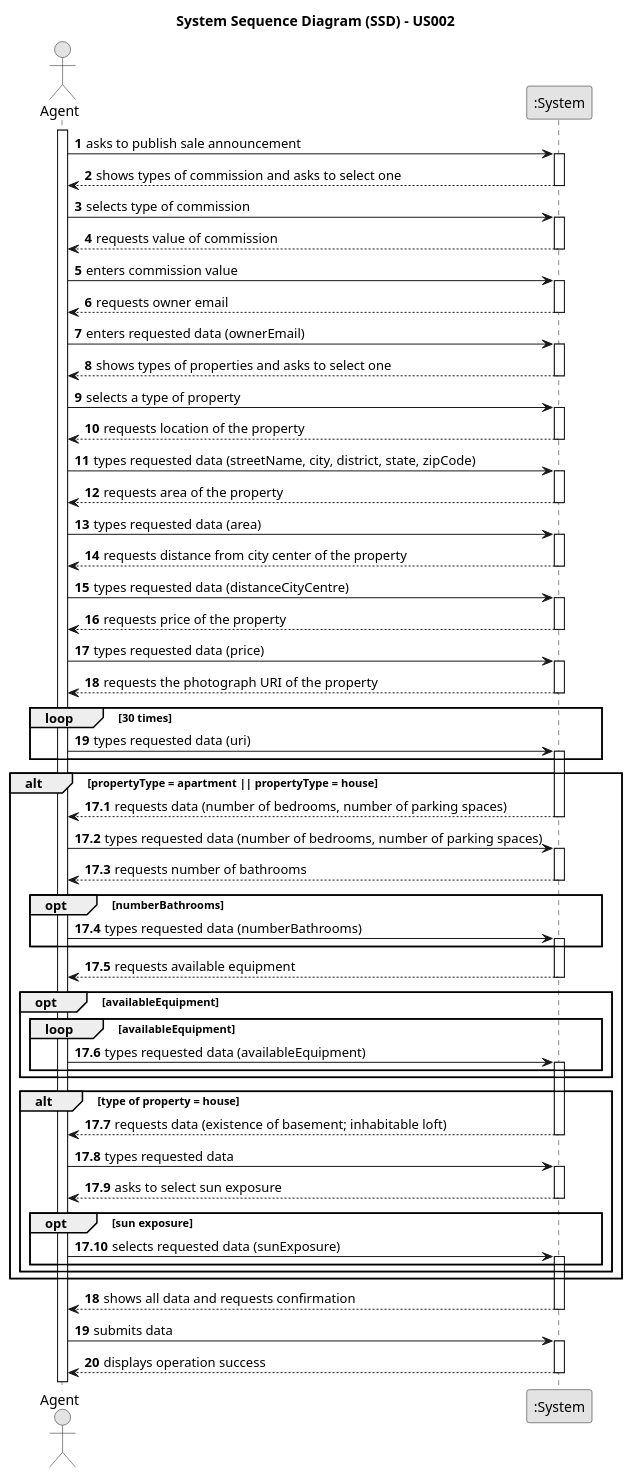
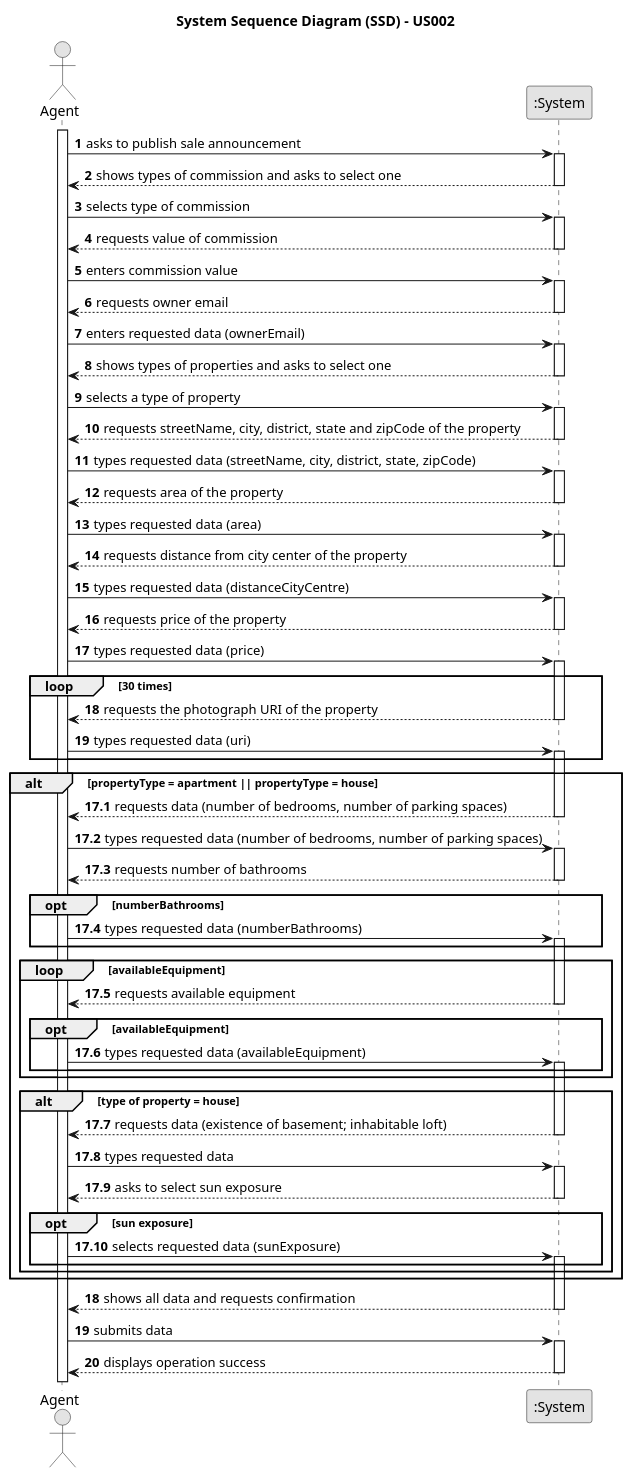
One commit to rita-barbosa/LAPR2-2223 changed the diagram in docs/sprintB/us002/01.requirements-engineering/puml/us002-system-sequence-diagram.puml. Above: the diagram before and after it, drawn with PlantUML. The commit also changed 5 other files, not shown here.

Commit message:
Update of sequence diagram [US002][Design]

```diff
--- a/docs/sprintB/us002/01.requirements-engineering/puml/us002-system-sequence-diagram.puml
+++ b/docs/sprintB/us002/01.requirements-engineering/puml/us002-system-sequence-diagram.puml
@@ -1,131 +1,129 @@
 @startuml
 skinparam monochrome true
 skinparam packageStyle rectangle
 skinparam shadowing false
 
 title System Sequence Diagram (SSD) - US002
 
 autonumber
 
 actor "Agent" as Employee
 participant ":System" as System
 
 activate Employee
 
     Employee -> System : asks to publish sale announcement
     activate System
 
       System --> Employee : shows types of commission and asks to select one
     deactivate System
 
     Employee -> System : selects type of commission
     activate System
 
     System --> Employee : requests value of commission
     deactivate System
 
     Employee -> System : enters commission value
     activate System
 
     System --> Employee : requests owner email
     deactivate System
 
     Employee -> System : enters requested data (ownerEmail)
     activate System
 
     System --> Employee : shows types of properties and asks to select one
     deactivate System
 
     Employee -> System : selects a type of property
     activate System
 
-    System --> Employee : requests location of the property
+    System --> Employee : requests streetName, city, district, state and zipCode of the property
     deactivate System
 
     Employee -> System : types requested data (streetName, city, district, state, zipCode)
     activate System
 
     System --> Employee : requests area of the property
     deactivate System
 
     Employee -> System : types requested data (area)
     activate System
 
     System --> Employee : requests distance from city center of the property
     deactivate System
 
     Employee -> System : types requested data (distanceCityCentre)
     activate System
 
     System --> Employee : requests price of the property
     deactivate System
 
     Employee -> System : types requested data (price)
     activate System
 
-    System --> Employee : requests the photograph URI of the property
+        loop 30 times
+        System --> Employee : requests the photograph URI of the property
         deactivate System
-
-            loop 30 times
-            Employee -> System : types requested data (uri)
-            activate System
-            end loop
+        Employee -> System : types requested data (uri)
+        activate System
+        end loop
 
 
     alt propertyType = apartment || propertyType = house
 
      autonumber 17.1
         System --> Employee : requests data (number of bedrooms, number of parking spaces)
         deactivate System
 
         Employee -> System : types requested data (number of bedrooms, number of parking spaces)
         activate System
 
 
         System --> Employee : requests number of bathrooms
         deactivate System
 
             opt numberBathrooms
             Employee -> System : types requested data (numberBathrooms)
             activate System
             end opt
 
+        loop availableEquipment
         System --> Employee : requests available equipment
         deactivate System
-
             opt availableEquipment
-                loop availableEquipment
                 Employee -> System : types requested data (availableEquipment)
                 activate System
-                end loop
             end opt
+        end loop
 
         alt type of property = house
 
         System --> Employee : requests data (existence of basement; inhabitable loft)
         deactivate System
 
         Employee -> System : types requested data
         activate System
 
         System --> Employee : asks to select sun exposure
         deactivate System
 
             opt sun exposure
             Employee -> System : selects requested data (sunExposure)
             activate System
             end opt
 
         end
     end
     autonumber 18
         System --> Employee : shows all data and requests confirmation
     deactivate System
 
     Employee -> System : submits data
     activate System
 
         System --> Employee : displays operation success
     deactivate System
 
 @enduml
```
